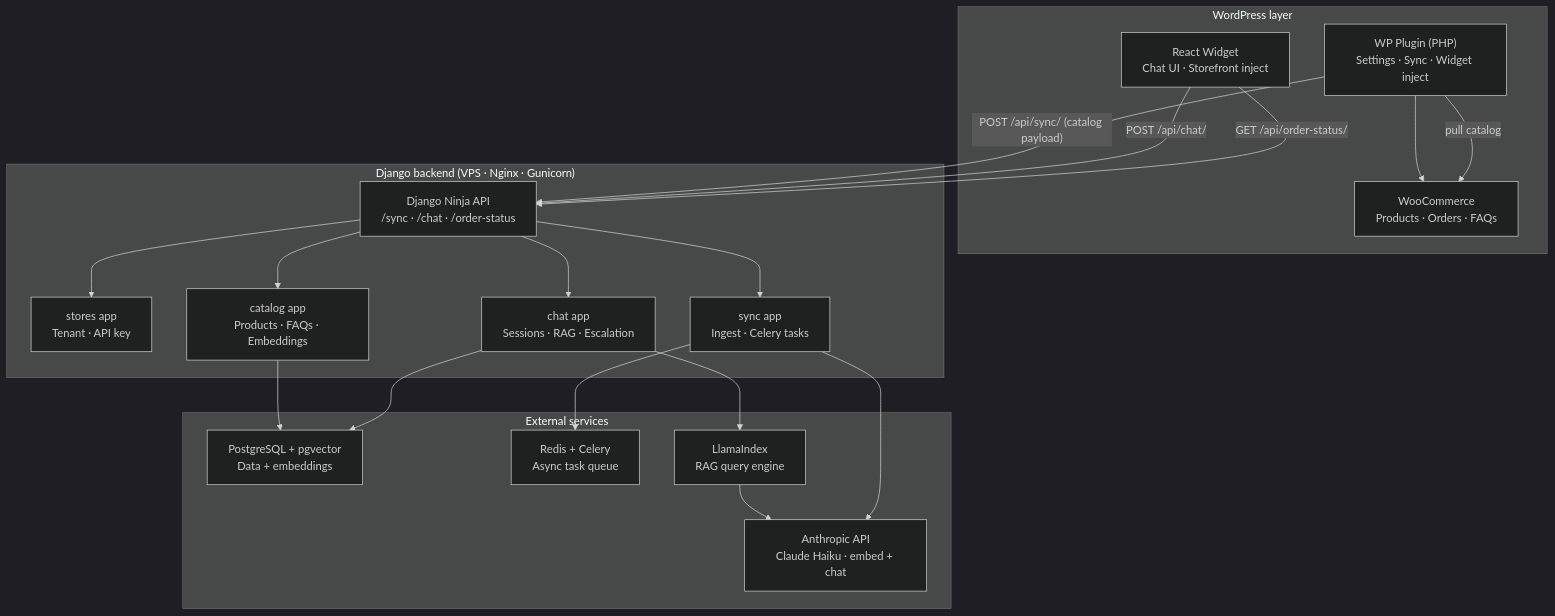
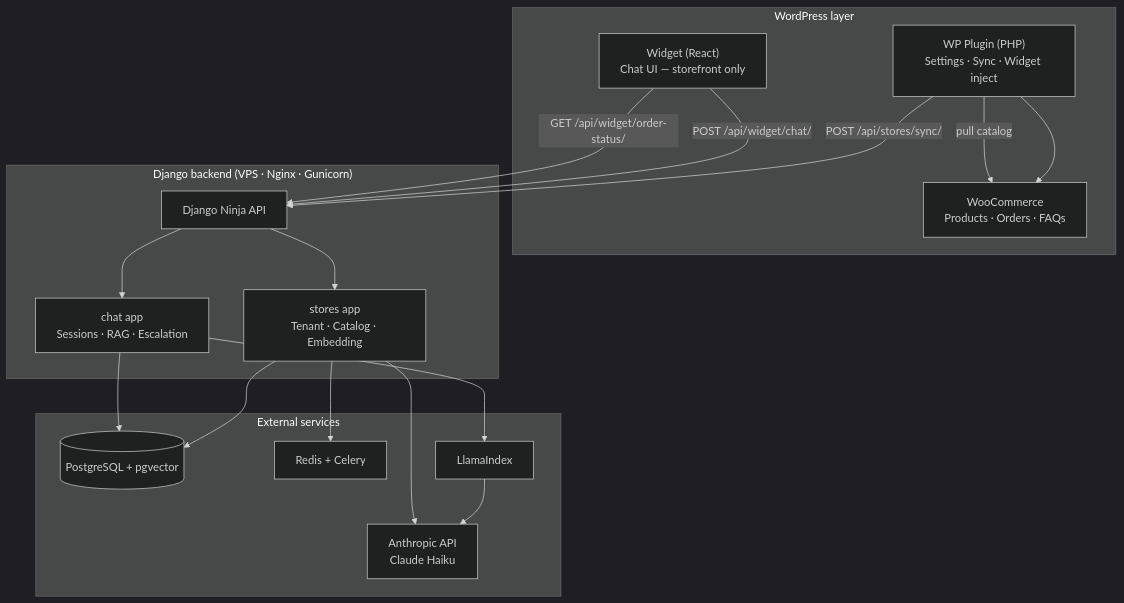
One commit to aji-pratama/woocs changed the first of 5 diagrams in .docs/PRD_v0.md. Above: the diagram before and after it, drawn with Mermaid (dark theme). The commit also changed other lines of this file, not shown here.

````diff
--- a/.docs/PRD_v0.md
+++ b/.docs/PRD_v0.md
@@ -1186,40 +1220,36 @@
 ```mermaid
 graph TD
   subgraph WP["WordPress layer"]
     Plugin["WP Plugin (PHP)\nSettings · Sync · Widget inject"]
     WC["WooCommerce\nProducts · Orders · FAQs"]
-    Widget["React Widget\nChat UI · Storefront inject"]
+    Widget["Widget (React)\nChat UI — storefront only"]
     Plugin --> WC
   end
 
   subgraph Django["Django backend (VPS · Nginx · Gunicorn)"]
-    Ninja["Django Ninja API\n/sync · /chat · /order-status"]
-    Stores["stores app\nTenant · API key"]
-    Sync["sync app\nIngest · Celery tasks"]
-    Catalog["catalog app\nProducts · FAQs · Embeddings"]
+    Ninja["Django Ninja API"]
+    Stores["stores app\nTenant · Catalog · Embedding"]
     Chat["chat app\nSessions · RAG · Escalation"]
     Ninja --> Stores
-    Ninja --> Sync
-    Ninja --> Catalog
     Ninja --> Chat
   end
 
   subgraph External["External services"]
-    PG["PostgreSQL + pgvector\nData + embeddings"]
-    Redis["Redis + Celery\nAsync task queue"]
-    Anthropic["Anthropic API\nClaude Haiku · embed + chat"]
-    Llama["LlamaIndex\nRAG query engine"]
+    PG[("PostgreSQL + pgvector")]
+    Redis["Redis + Celery"]
+    Anthropic["Anthropic API\nClaude Haiku"]
+    Llama["LlamaIndex"]
   end
 
-  Plugin -->|"POST /api/sync/ (catalog payload)"| Ninja
+  Plugin -->|"POST /api/stores/sync/"| Ninja
   Plugin -->|"pull catalog"| WC
-  Widget -->|"POST /api/chat/"| Ninja
-  Widget -->|"GET /api/order-status/"| Ninja
+  Widget -->|"POST /api/widget/chat/"| Ninja
+  Widget -->|"GET /api/widget/order-status/"| Ninja
 
-  Sync --> Redis
-  Catalog --> PG
+  Stores --> Redis
+  Stores --> PG
   Chat --> PG
   Chat --> Llama
   Llama --> Anthropic
-  Sync --> Anthropic
+  Stores --> Anthropic
 ```
````
